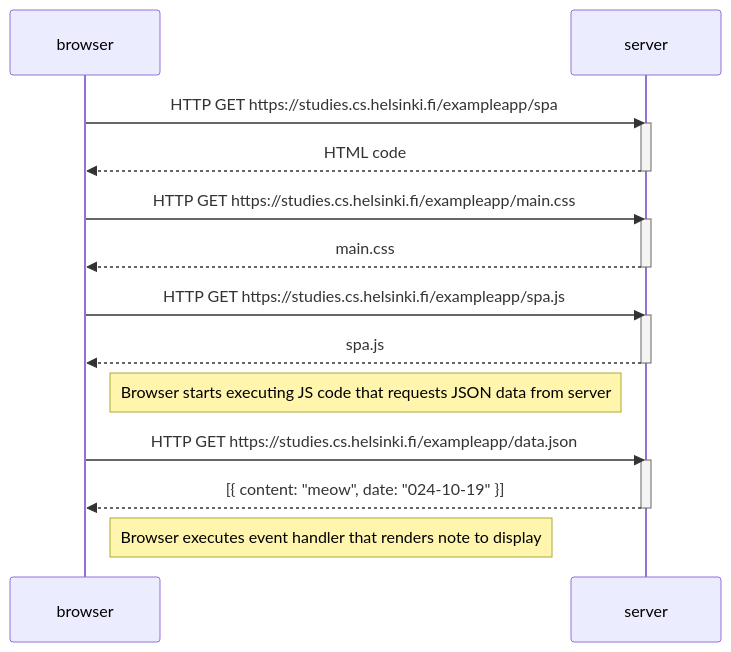
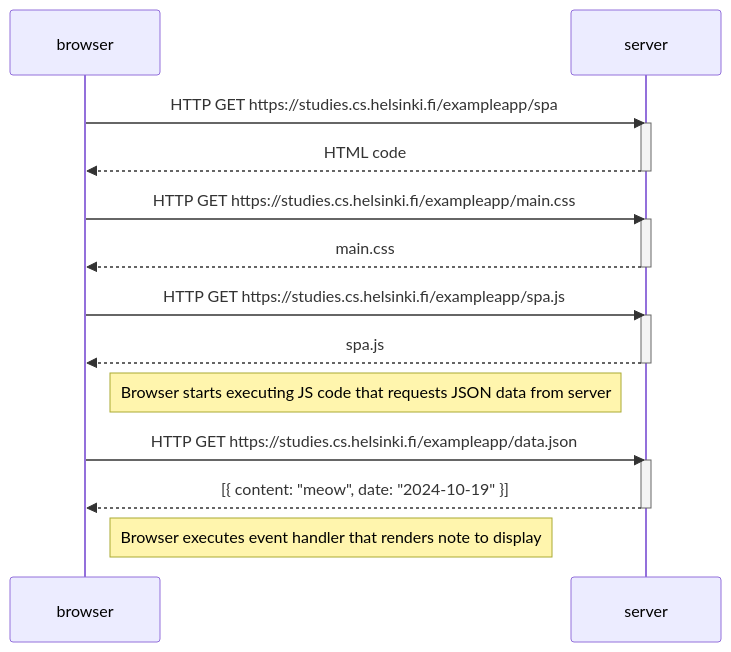
One commit to SXYII12RCHAS/fullstackopen changed the diagram in part0/Exercise5.mmd. Above: the diagram before and after it, drawn with Mermaid.

```diff
--- a/part0/Exercise5.mmd
+++ b/part0/Exercise5.mmd
@@ -1,27 +1,27 @@
 sequenceDiagram
 participant browser
 participant server
 
     browser->>server: HTTP GET https://studies.cs.helsinki.fi/exampleapp/spa
     activate server
     server-->>browser: HTML code
     deactivate server
 
     browser->>server: HTTP GET https://studies.cs.helsinki.fi/exampleapp/main.css
     activate server
     server-->>browser: main.css
     deactivate server
 
     browser->>server: HTTP GET https://studies.cs.helsinki.fi/exampleapp/spa.js
     activate server
     server-->>browser: spa.js
     deactivate server
 
     Note right of browser: Browser starts executing JS code that requests JSON data from server
 
     browser->>server: HTTP GET https://studies.cs.helsinki.fi/exampleapp/data.json
     activate server
-    server-->>browser: [{ content: "meow", date: "024-10-19" }]
+    server-->>browser: [{ content: "meow", date: "2024-10-19" }]
     deactivate server
 
     Note right of browser: Browser executes event handler that renders note to display
```
